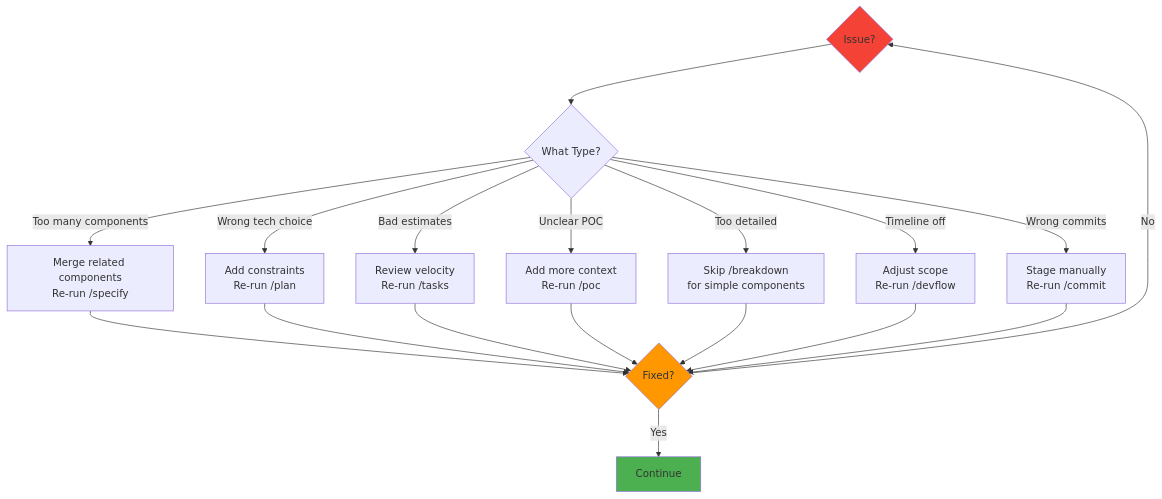
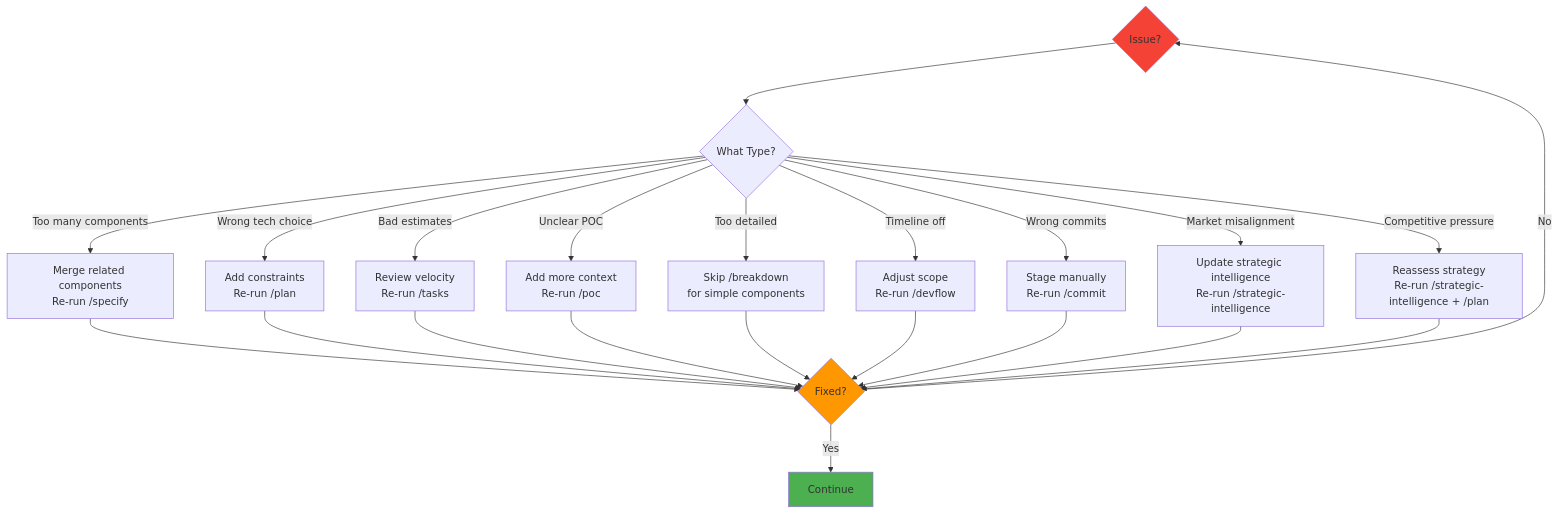
One commit to Mathews-Tom/sage-dev changed diagram 18 of 22 in commands/WORKFLOW.md. Above: the diagram before and after it, drawn with Mermaid. The commit also changed other lines of this file and 3 other files, not shown here.

First line of the commit message:
Add /strategic-intelligence command and integrate across docs; remove legacy gap analysis

````diff
--- a/commands/WORKFLOW.md
+++ b/commands/WORKFLOW.md
@@ -492,27 +574,31 @@
 ```mermaid
 graph TD
     Problem{Issue?} --> Type{What Type?}
-    
+
     Type -->|Too many components| Merge[Merge related components<br/>Re-run /specify]
     Type -->|Wrong tech choice| Research[Add constraints<br/>Re-run /plan]
     Type -->|Bad estimates| Velocity[Review velocity<br/>Re-run /tasks]
     Type -->|Unclear POC| Context[Add more context<br/>Re-run /poc]
     Type -->|Too detailed| Simplify[Skip /breakdown<br/>for simple components]
     Type -->|Timeline off| Scope[Adjust scope<br/>Re-run /devflow]
     Type -->|Wrong commits| Stage[Stage manually<br/>Re-run /commit]
-    
+    Type -->|Market misalignment| Assessment[Update strategic intelligence<br/>Re-run /strategic-intelligence]
+    Type -->|Competitive pressure| Strategy[Reassess strategy<br/>Re-run /strategic-intelligence + /plan]
+
     Merge --> Verify{Fixed?}
     Research --> Verify
     Velocity --> Verify
     Context --> Verify
     Simplify --> Verify
     Scope --> Verify
     Stage --> Verify
-    
+    Assessment --> Verify
+    Strategy --> Verify
+
     Verify -->|Yes| Success[Continue]
     Verify -->|No| Problem
-    
+
     style Problem fill:#f44336
     style Verify fill:#ff9800
     style Success fill:#4caf50
 ```
````
